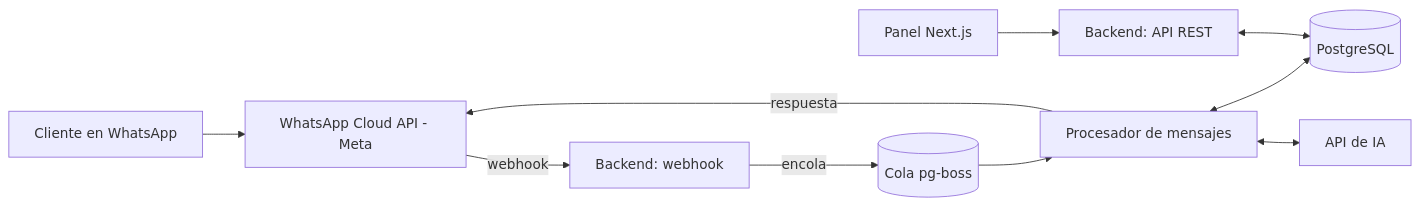
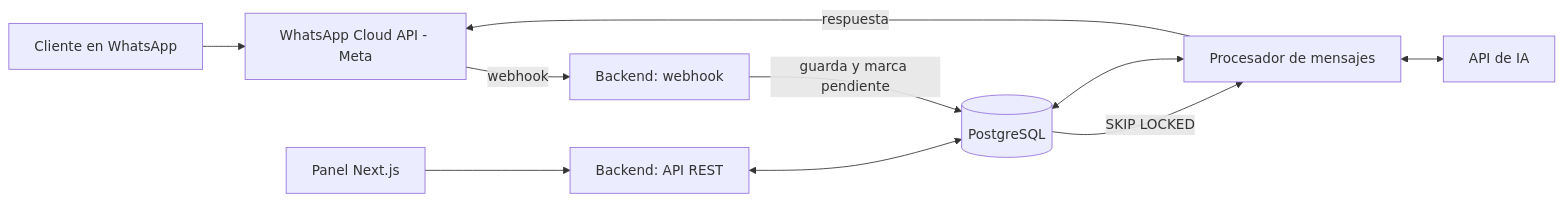
Before and after one commit to juan101334/Turnoo: the first of 2 diagrams in docs/ARQUITECTURA.md, drawn with Mermaid. The commit also changed other lines of this file and 1 other file, not shown here.

````diff
--- a/docs/ARQUITECTURA.md
+++ b/docs/ARQUITECTURA.md
@@ -52,12 +52,12 @@
 ```mermaid
 flowchart LR
     C[Cliente en WhatsApp] --> M[WhatsApp Cloud API - Meta]
     M -->|webhook| W[Backend: webhook]
-    W -->|encola| Q[(Cola pg-boss)]
-    Q --> P[Procesador de mensajes]
+    W -->|guarda y marca pendiente| DB
+    DB -->|SKIP LOCKED| P[Procesador de mensajes]
     P <--> DB[(PostgreSQL)]
     P <--> IA[API de IA]
     P -->|respuesta| M
     PN[Panel Next.js] --> API[Backend: API REST]
     API <--> DB
 ```
````
